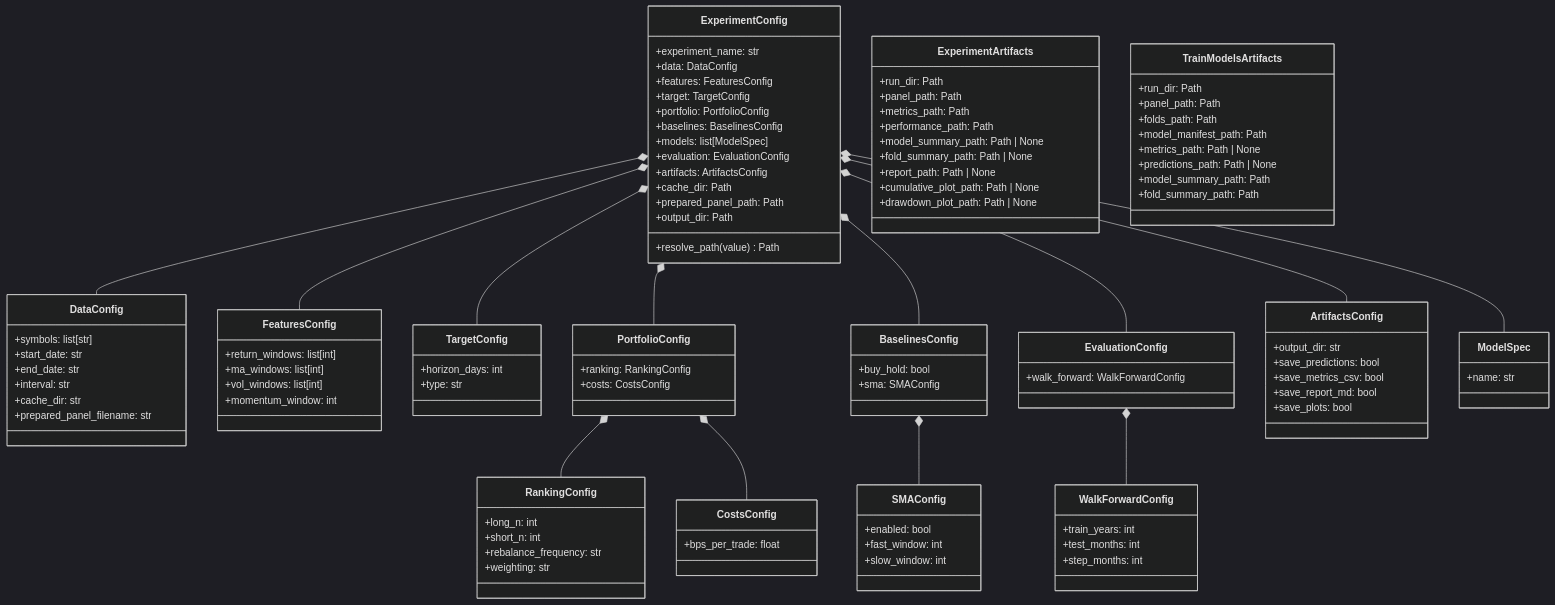
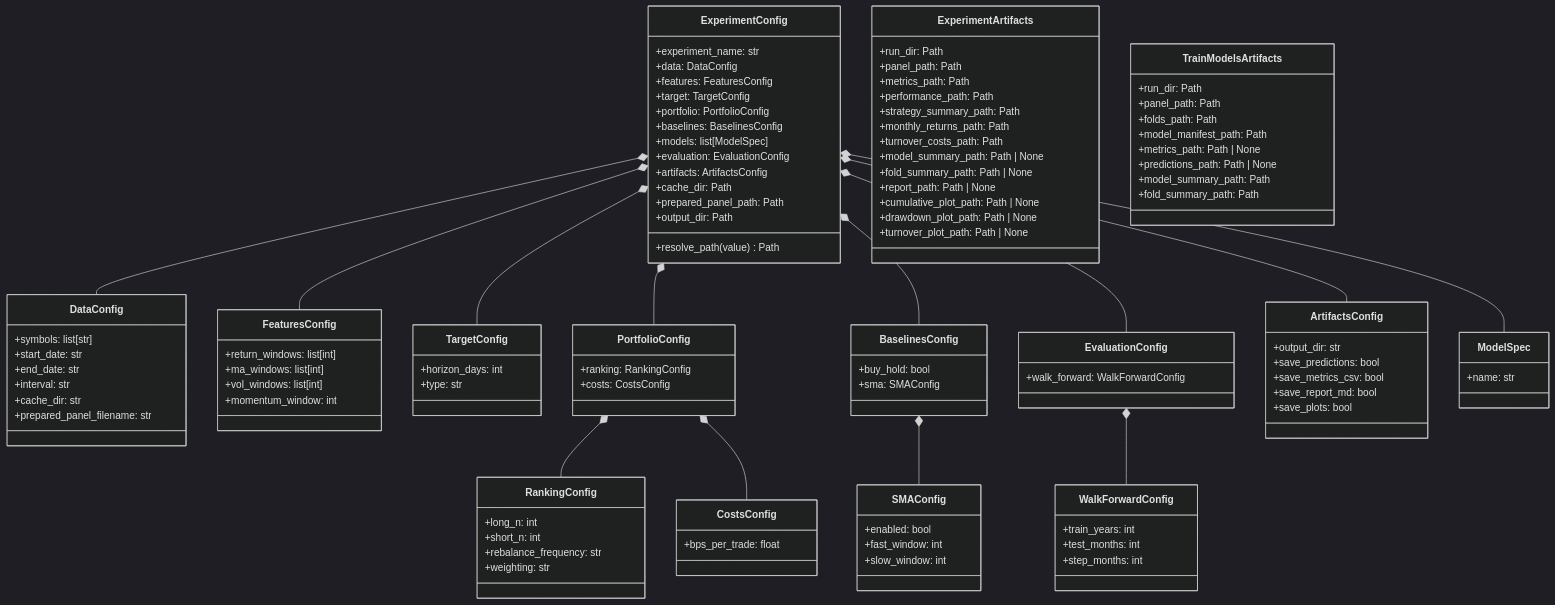
Before and after one commit to ricardogr07/market-lab: the sixth of 6 diagrams in ARCHITECTURE.md, drawn with Mermaid (dark theme). The commit also changed other lines of this file and 2 other files, not shown here.

```diff
--- a/ARCHITECTURE.md
+++ b/ARCHITECTURE.md
@@ -318,11 +326,15 @@
       +panel_path: Path
       +metrics_path: Path
       +performance_path: Path
+      +strategy_summary_path: Path
+      +monthly_returns_path: Path
+      +turnover_costs_path: Path
       +model_summary_path: Path | None
       +fold_summary_path: Path | None
       +report_path: Path | None
       +cumulative_plot_path: Path | None
       +drawdown_plot_path: Path | None
+      +turnover_plot_path: Path | None
     }
 
     class TrainModelsArtifacts {
```
